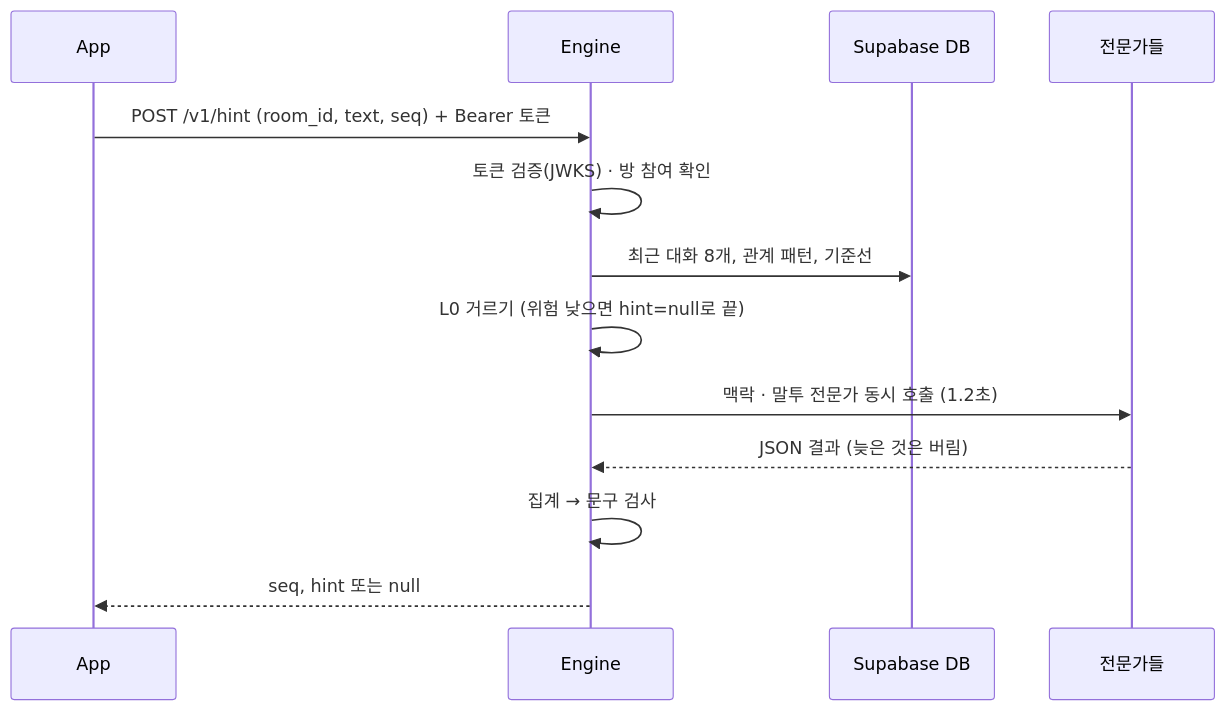
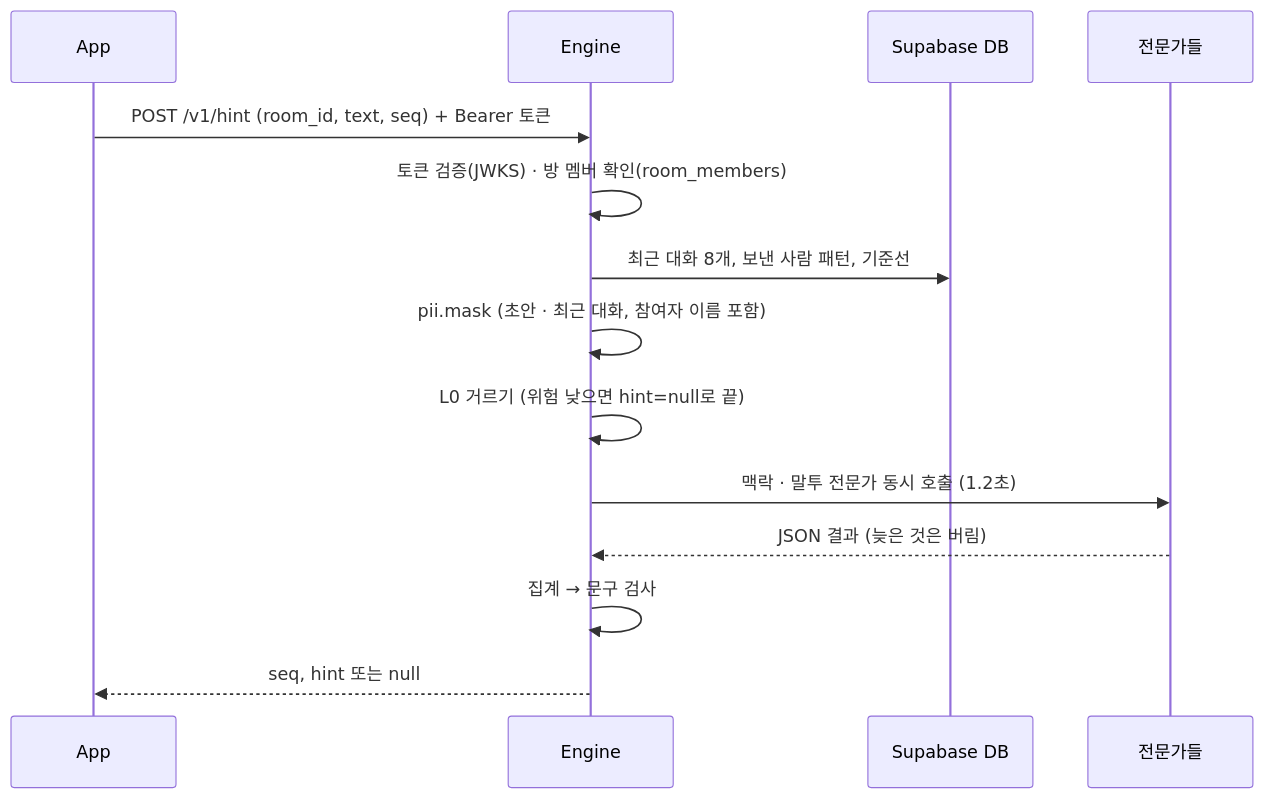
One commit to Daegyu519/Adventure_Design changed the second of 2 diagrams in ARCHITECTURE.md. Above: the diagram before and after it, drawn with Mermaid. The commit also changed other lines of this file and 9 other files, not shown here.

````diff
--- a/ARCHITECTURE.md
+++ b/ARCHITECTURE.md
@@ -98,15 +117,16 @@
 ```mermaid
 sequenceDiagram
   participant App
   participant Engine
   participant DB as Supabase DB
   participant Experts as 전문가들
   App->>Engine: POST /v1/hint (room_id, text, seq) + Bearer 토큰
-  Engine->>Engine: 토큰 검증(JWKS) · 방 참여 확인
-  Engine->>DB: 최근 대화 8개, 관계 패턴, 기준선
+  Engine->>Engine: 토큰 검증(JWKS) · 방 멤버 확인(room_members)
+  Engine->>DB: 최근 대화 8개, 보낸 사람 패턴, 기준선
+  Engine->>Engine: pii.mask (초안 · 최근 대화, 참여자 이름 포함)
   Engine->>Engine: L0 거르기 (위험 낮으면 hint=null로 끝)
   Engine->>Experts: 맥락 · 말투 전문가 동시 호출 (1.2초)
   Experts-->>Engine: JSON 결과 (늦은 것은 버림)
   Engine->>Engine: 집계 → 문구 검사
   Engine-->>App: seq, hint 또는 null
 ```
````
